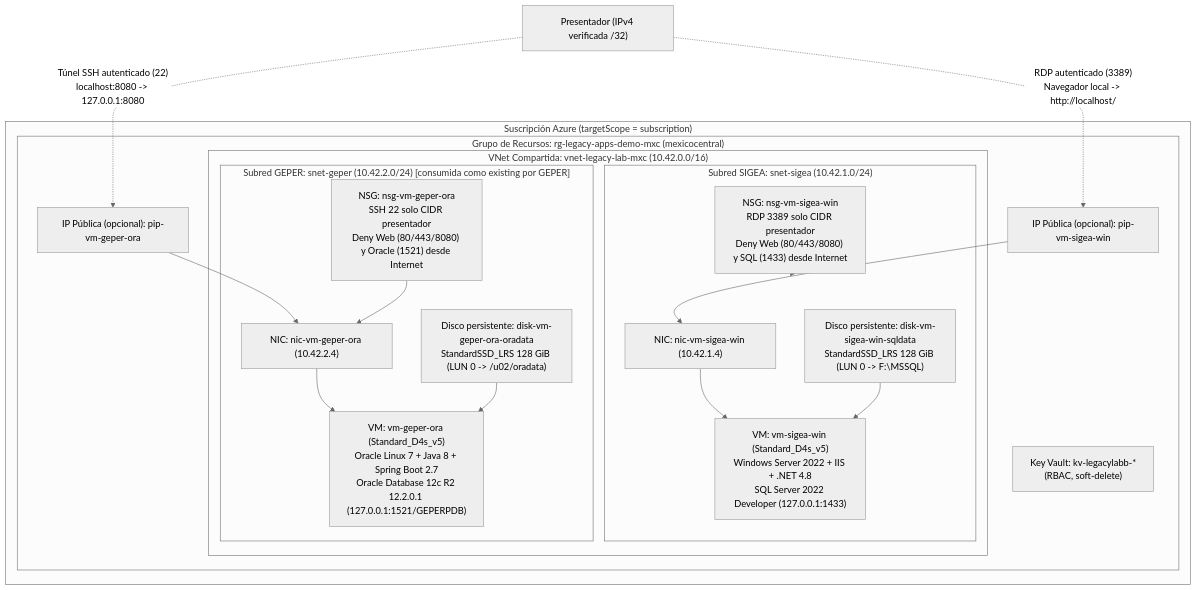
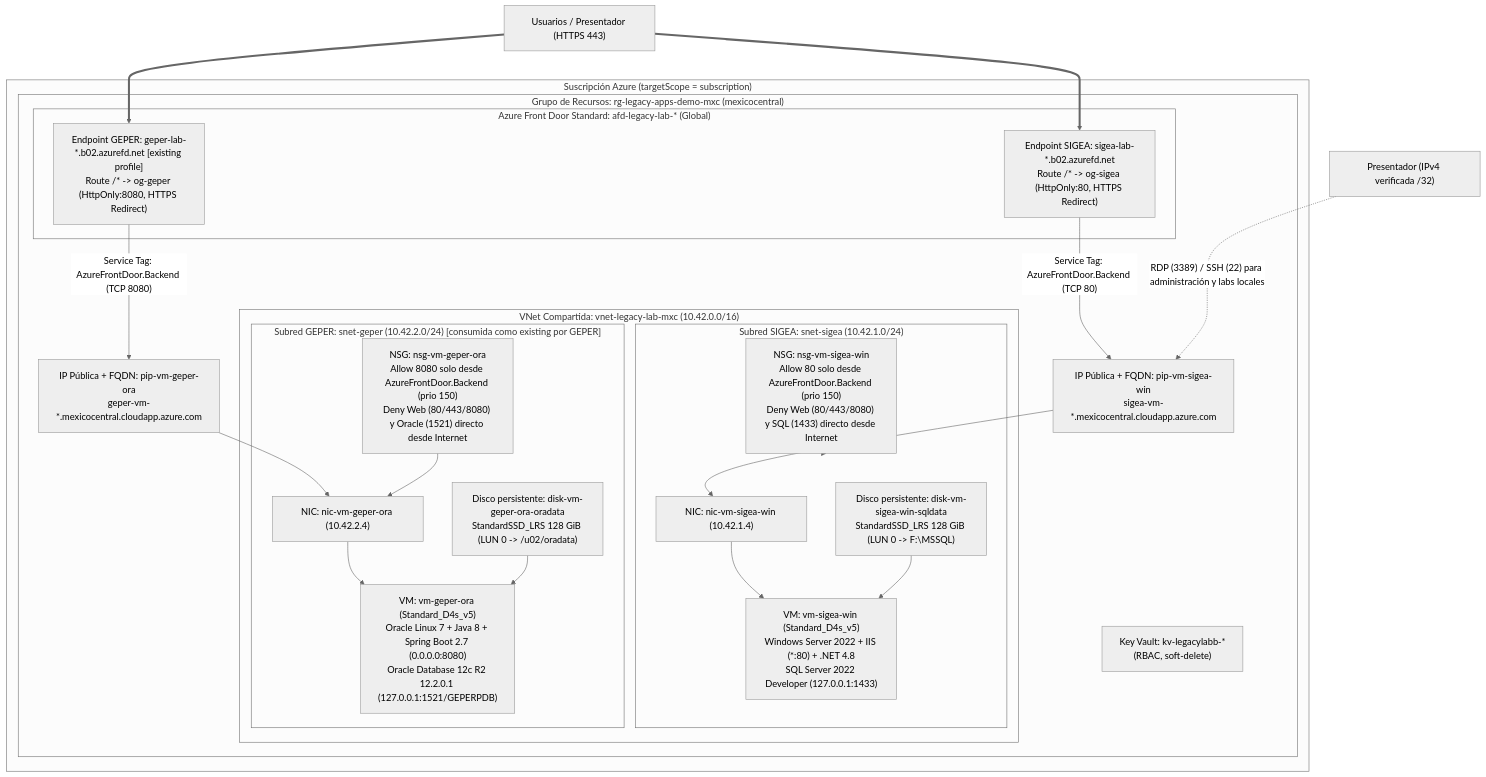
One commit to rxt64/legacy-academic-portal-dotnet changed the diagram in infra/azure/README.md. Above: the diagram before and after it, drawn with Mermaid (neutral theme). The commit also changed other lines of this file and 7 other files, not shown here.

Commit message:
Publish SIGEA via Azure Front Door Standard and document IaC/security architecture

````diff
--- a/infra/azure/README.md
+++ b/infra/azure/README.md
@@ -11,36 +11,44 @@
 ```mermaid
 flowchart TB
     subgraph Sub["Suscripción Azure (targetScope = subscription)"]
         subgraph RG["Grupo de Recursos: rg-legacy-apps-demo-mxc (mexicocentral)"]
             KV["Key Vault: kv-legacylabb-*<br/>(RBAC, soft-delete)"]
 
             subgraph VNet["VNet Compartida: vnet-legacy-lab-mxc (10.42.0.0/16)"]
                 subgraph SnetSigea["Subred SIGEA: snet-sigea (10.42.1.0/24)"]
-                    NSGSigea["NSG: nsg-vm-sigea-win<br/>RDP 3389 solo CIDR presentador<br/>Deny Web (80/443/8080) y SQL (1433) desde Internet"]
+                    NSGSigea["NSG: nsg-vm-sigea-win<br/>Allow 80 solo desde AzureFrontDoor.Backend (prio 150)<br/>Deny Web (80/443/8080) y SQL (1433) directo desde Internet"]
                     NICSigea["NIC: nic-vm-sigea-win (10.42.1.4)"]
-                    VMSigea["VM: vm-sigea-win (Standard_D4s_v5)<br/>Windows Server 2022 + IIS + .NET 4.8<br/>SQL Server 2022 Developer (127.0.0.1:1433)"]
+                    VMSigea["VM: vm-sigea-win (Standard_D4s_v5)<br/>Windows Server 2022 + IIS (*:80) + .NET 4.8<br/>SQL Server 2022 Developer (127.0.0.1:1433)"]
                     DiskSigea["Disco persistente: disk-vm-sigea-win-sqldata<br/>StandardSSD_LRS 128 GiB (LUN 0 -> F:\MSSQL)"]
                 end
 
                 subgraph SnetGeper["Subred GEPER: snet-geper (10.42.2.0/24) [consumida como existing por GEPER]"]
-                    NSGGeper["NSG: nsg-vm-geper-ora<br/>SSH 22 solo CIDR presentador<br/>Deny Web (80/443/8080) y Oracle (1521) desde Internet"]
+                    NSGGeper["NSG: nsg-vm-geper-ora<br/>Allow 8080 solo desde AzureFrontDoor.Backend (prio 150)<br/>Deny Web (80/443/8080) y Oracle (1521) directo desde Internet"]
                     NICGeper["NIC: nic-vm-geper-ora (10.42.2.4)"]
-                    VMGeper["VM: vm-geper-ora (Standard_D4s_v5)<br/>Oracle Linux 7 + Java 8 + Spring Boot 2.7<br/>Oracle Database 12c R2 12.2.0.1 (127.0.0.1:1521/GEPERPDB)"]
+                    VMGeper["VM: vm-geper-ora (Standard_D4s_v5)<br/>Oracle Linux 7 + Java 8 + Spring Boot 2.7 (0.0.0.0:8080)<br/>Oracle Database 12c R2 12.2.0.1 (127.0.0.1:1521/GEPERPDB)"]
                     DiskGeper["Disco persistente: disk-vm-geper-ora-oradata<br/>StandardSSD_LRS 128 GiB (LUN 0 -> /u02/oradata)"]
                 end
             end
 
-            PIPSigea["IP Pública (opcional): pip-vm-sigea-win"] --> NICSigea
-            PIPGeper["IP Pública (opcional): pip-vm-geper-ora"] --> NICGeper
+            subgraph AFD["Azure Front Door Standard: afd-legacy-lab-* (Global)"]
+                EpSigea["Endpoint SIGEA: sigea-lab-*.b02.azurefd.net<br/>Route /* -> og-sigea (HttpOnly:80, HTTPS Redirect)"]
+                EpGeper["Endpoint GEPER: geper-lab-*.b02.azurefd.net [existing profile]<br/>Route /* -> og-geper (HttpOnly:8080, HTTPS Redirect)"]
+            end
+
+            PIPSigea["IP Pública + FQDN: pip-vm-sigea-win<br/>sigea-vm-*.mexicocentral.cloudapp.azure.com"] --> NICSigea
+            PIPGeper["IP Pública + FQDN: pip-vm-geper-ora<br/>geper-vm-*.mexicocentral.cloudapp.azure.com"] --> NICGeper
+            EpSigea -->|"Service Tag: AzureFrontDoor.Backend (TCP 80)"| PIPSigea
+            EpGeper -->|"Service Tag: AzureFrontDoor.Backend (TCP 8080)"| PIPGeper
             NSGSigea --> SnetSigea
             NICSigea --> VMSigea
             DiskSigea --> VMSigea
             NSGGeper --> NICGeper
             NICGeper --> VMGeper
             DiskGeper --> VMGeper
         end
     end
 
-    Presenter["Presentador (IPv4 verificada /32)"] -. "RDP autenticado (3389)<br/>Navegador local -> http://localhost/" .-> PIPSigea
-    Presenter -. "Túnel SSH autenticado (22)<br/>localhost:8080 -> 127.0.0.1:8080" .-> PIPGeper
+    Users["Usuarios / Presentador (HTTPS 443)"] ==> EpSigea
+    Users ==> EpGeper
+    Presenter["Presentador (IPv4 verificada /32)"] -. "RDP (3389) / SSH (22) para administración y labs locales" .-> PIPSigea
 ```
````
